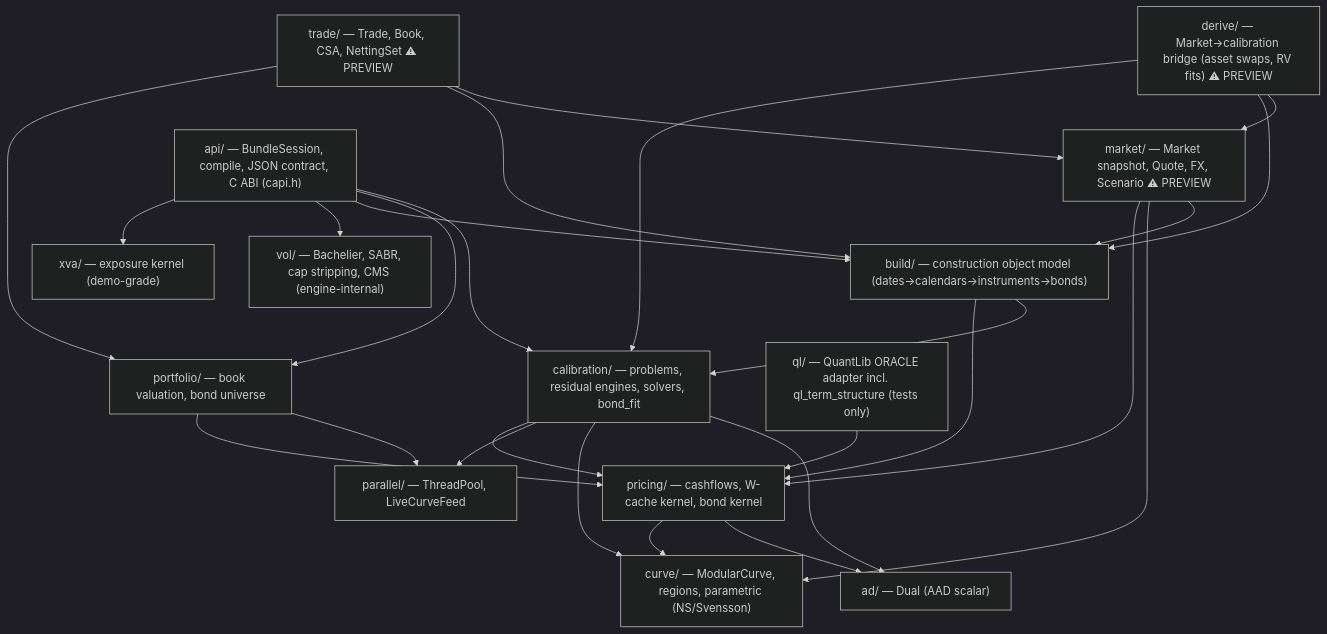
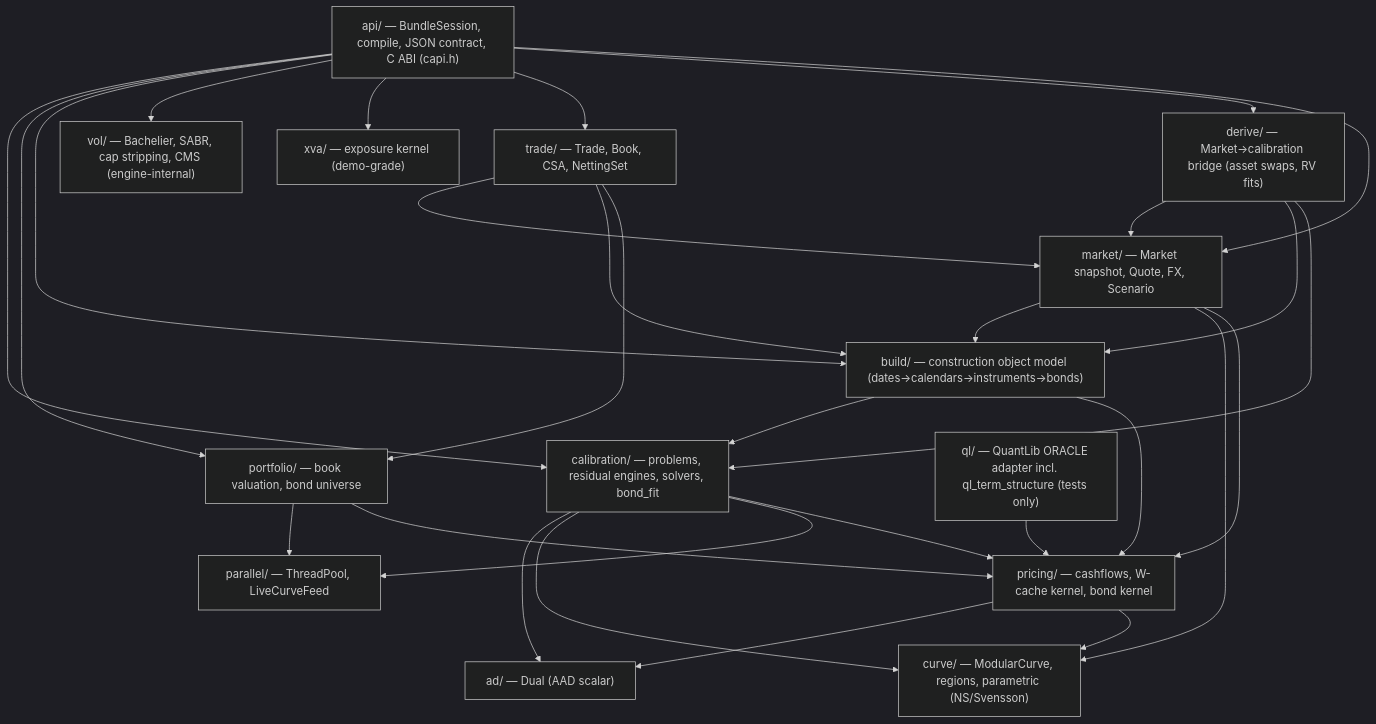
One commit to kbro123/SwapEngine changed the first of 2 diagrams in ARCHITECTURE.md. Above: the diagram before and after it, drawn with Mermaid (dark theme). The commit also changed other lines of this file and 7 other files, not shown here.

````diff
--- a/ARCHITECTURE.md
+++ b/ARCHITECTURE.md
@@ -17,43 +17,46 @@
 ```mermaid
 graph TD
     ad["ad/ — Dual (AAD scalar)"]
     curve["curve/ — ModularCurve, regions, parametric (NS/Svensson)"]
     parallel["parallel/ — ThreadPool, LiveCurveFeed"]
     pricing["pricing/ — cashflows, W-cache kernel, bond kernel"]
     calibration["calibration/ — problems, residual engines, solvers, bond_fit"]
     portfolio["portfolio/ — book valuation, bond universe"]
     build["build/ — construction object model (dates→calendars→instruments→bonds)"]
     vol["vol/ — Bachelier, SABR, cap stripping, CMS (engine-internal)"]
     xva["xva/ — exposure kernel (demo-grade)"]
-    market["market/ — Market snapshot, Quote, FX, Scenario ⚠ PREVIEW"]
-    trade["trade/ — Trade, Book, CSA, NettingSet ⚠ PREVIEW"]
-    derive["derive/ — Market→calibration bridge (asset swaps, RV fits) ⚠ PREVIEW"]
+    market["market/ — Market snapshot, Quote, FX, Scenario"]
+    trade["trade/ — Trade, Book, CSA, NettingSet"]
+    derive["derive/ — Market→calibration bridge (asset swaps, RV fits)"]
     api["api/ — BundleSession, compile, JSON contract, C ABI (capi.h)"]
     ql["ql/ — QuantLib ORACLE adapter incl. ql_term_structure (tests only)"]
 
     pricing --> ad
     pricing --> curve
     calibration --> ad
     calibration --> curve
     calibration --> parallel
     calibration --> pricing
     portfolio --> parallel
     portfolio --> pricing
     build --> calibration
     build --> pricing
     market --> build
     market --> curve
     market --> pricing
     trade --> market
     trade --> build
     trade --> portfolio
     derive --> market
     derive --> build
     derive --> calibration
     api --> calibration
     api --> portfolio
     api --> build
     api --> vol
     api --> xva
+    api --> trade
+    api --> derive
+    api --> market
     ql --> pricing
 ```
````
